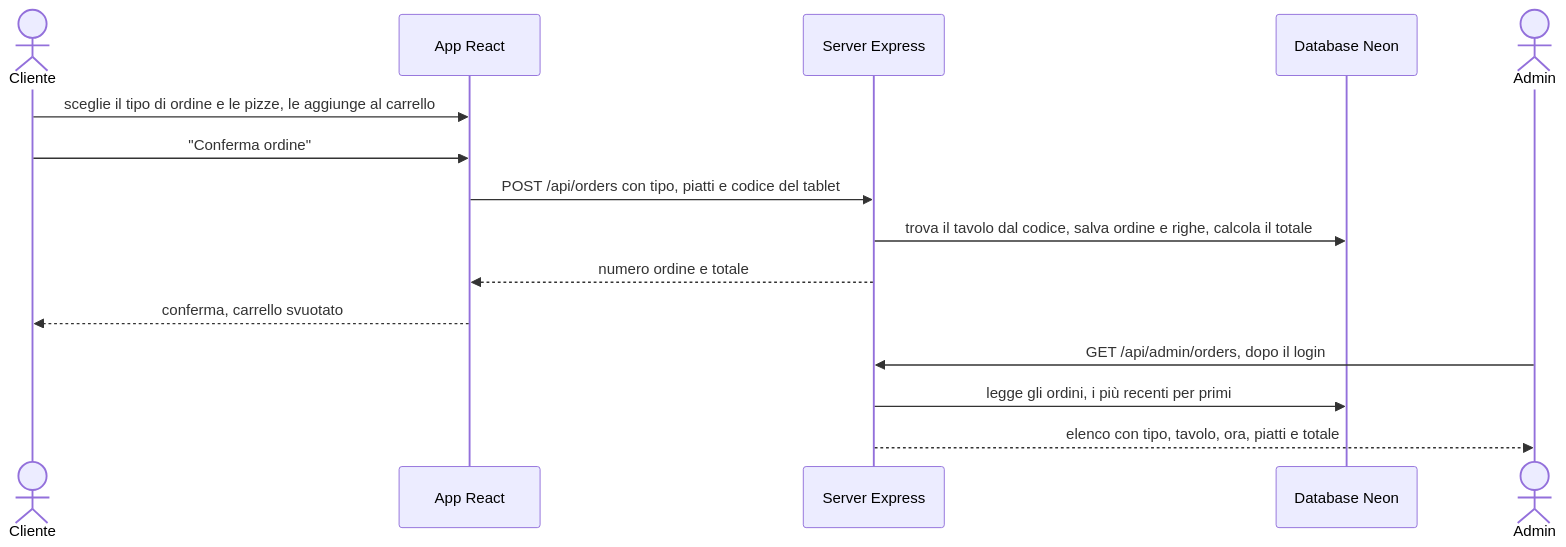
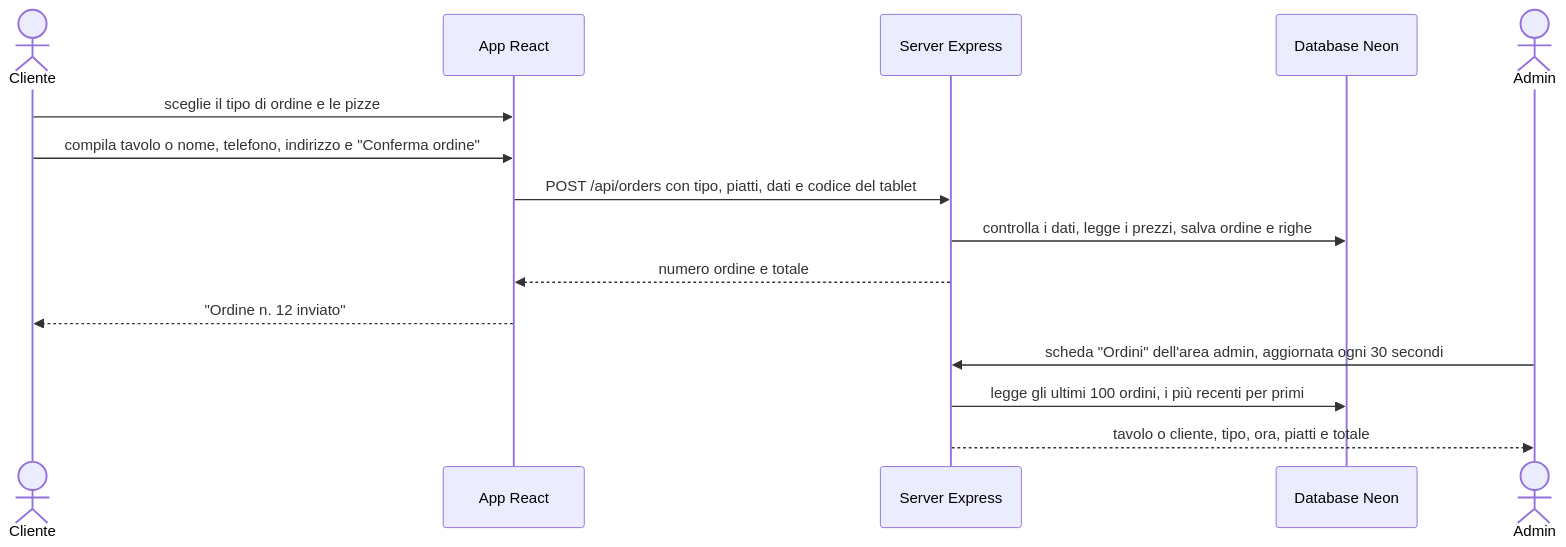
The third of 4 diagrams in doc/piano-server-database.md (Josecontis/RestaurantManager), drawn with Mermaid before and after one commit. The commit also changed other lines of this file and 1 other file, not shown here.

````diff
--- a/doc/piano-server-database.md
+++ b/doc/piano-server-database.md
@@ -53,17 +54,17 @@
 ```mermaid
 sequenceDiagram
   actor C as Cliente
   participant P as App React
   participant S as Server Express
   participant D as Database Neon
   actor A as Admin
-  C->>P: sceglie il tipo di ordine e le pizze, le aggiunge al carrello
-  C->>P: "Conferma ordine"
-  P->>S: POST /api/orders con tipo, piatti e codice del tablet
-  S->>D: trova il tavolo dal codice, salva ordine e righe, calcola il totale
+  C->>P: sceglie il tipo di ordine e le pizze
+  C->>P: compila tavolo o nome, telefono, indirizzo e "Conferma ordine"
+  P->>S: POST /api/orders con tipo, piatti, dati e codice del tablet
+  S->>D: controlla i dati, legge i prezzi, salva ordine e righe
   S-->>P: numero ordine e totale
-  P-->>C: conferma, carrello svuotato
-  A->>S: GET /api/admin/orders, dopo il login
-  S->>D: legge gli ordini, i più recenti per primi
-  S-->>A: elenco con tipo, tavolo, ora, piatti e totale
+  P-->>C: "Ordine n. 12 inviato"
+  A->>S: scheda "Ordini" dell'area admin, aggiornata ogni 30 secondi
+  S->>D: legge gli ultimi 100 ordini, i più recenti per primi
+  S-->>A: tavolo o cliente, tipo, ora, piatti e totale
 ```
````
